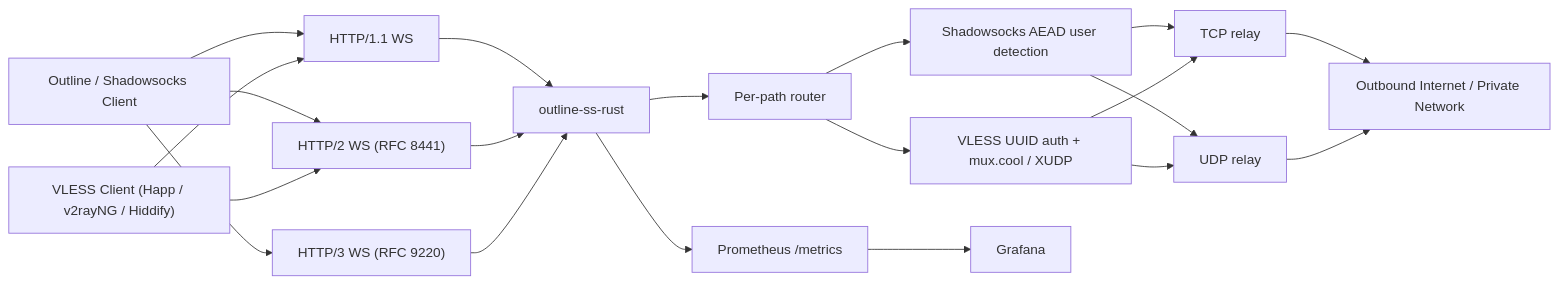
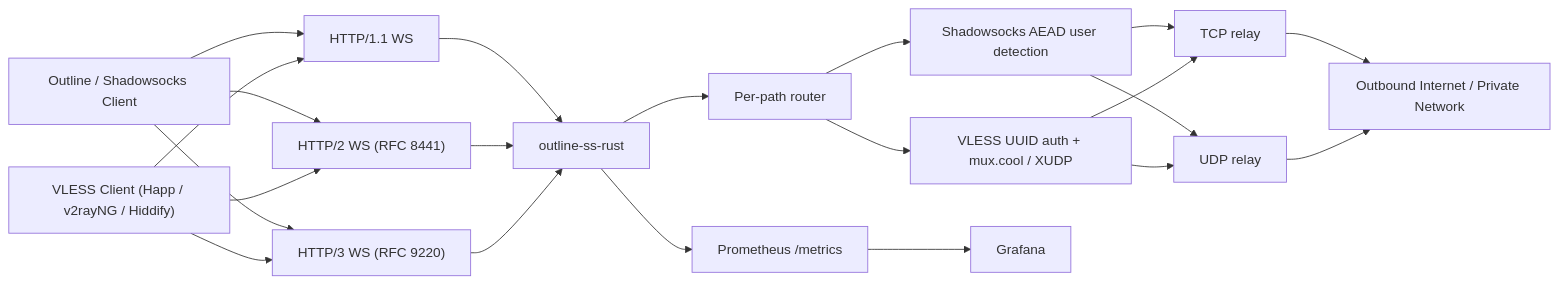
One commit to balookrd/outline-proxy changed the diagram in ss/README.md. Above: the diagram before and after it, drawn with Mermaid. The commit also changed other lines of this file and 4 other files, not shown here.

````diff
--- a/ss/README.md
+++ b/ss/README.md
@@ -65,28 +65,29 @@
 ```mermaid
 flowchart LR
     SS["Outline / Shadowsocks Client"] --> H1["HTTP/1.1 WS"]
     SS --> H2["HTTP/2 WS (RFC 8441)"]
     SS --> H3["HTTP/3 WS (RFC 9220)"]
 
     VL["VLESS Client (Happ / v2rayNG / Hiddify)"] --> H1
     VL --> H2
+    VL --> H3
 
     H1 --> S["outline-ss-rust"]
     H2 --> S
     H3 --> S
 
     S --> ROUTER["Per-path router"]
     ROUTER --> SSAUTH["Shadowsocks AEAD user detection"]
     ROUTER --> VLAUTH["VLESS UUID auth + mux.cool / XUDP"]
 
     SSAUTH --> TCP["TCP relay"]
     SSAUTH --> UDP["UDP relay"]
     VLAUTH --> TCP
     VLAUTH --> UDP
 
     TCP --> NET["Outbound Internet / Private Network"]
     UDP --> NET
 
     S --> METRICS["Prometheus /metrics"]
     METRICS --> G["Grafana"]
 ```
````
